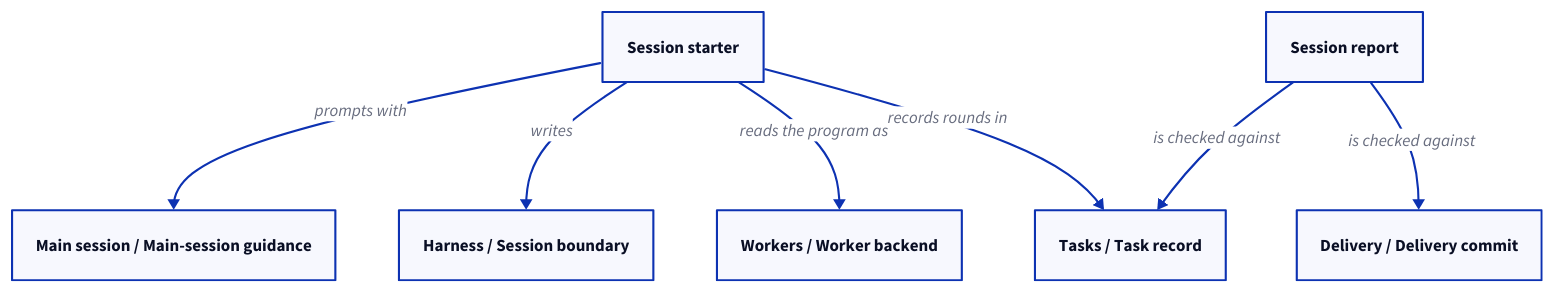
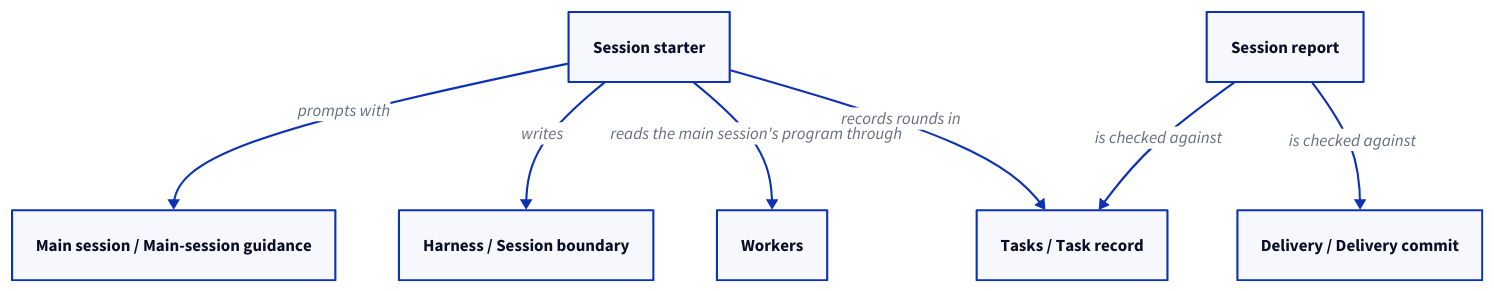
The fourth of 4 diagrams in specs/concorde/coordination/task-session/module.md (FTOD/concorde), drawn with D2 before and after one commit. The commit also changed other lines of this file and 18 other files, not shown here.

````diff
--- a/specs/concorde/coordination/task-session/module.md
+++ b/specs/concorde/coordination/task-session/module.md
@@ -282,15 +281,15 @@
 ```d2
 starter: Session starter
 report: Session report
 guidance: Main session / Main-session guidance
 boundary: Harness / Session boundary
-backend: Workers / Worker backend
+workers: Workers
 record: Tasks / Task record
 commits: Delivery / Delivery commit
 starter -> guidance: prompts with
 starter -> boundary: writes
-starter -> backend: reads the program as
+starter -> workers: reads the main session's program through
 starter -> record: records rounds in
 report -> record: is checked against
 report -> commits: is checked against
 ```
````
